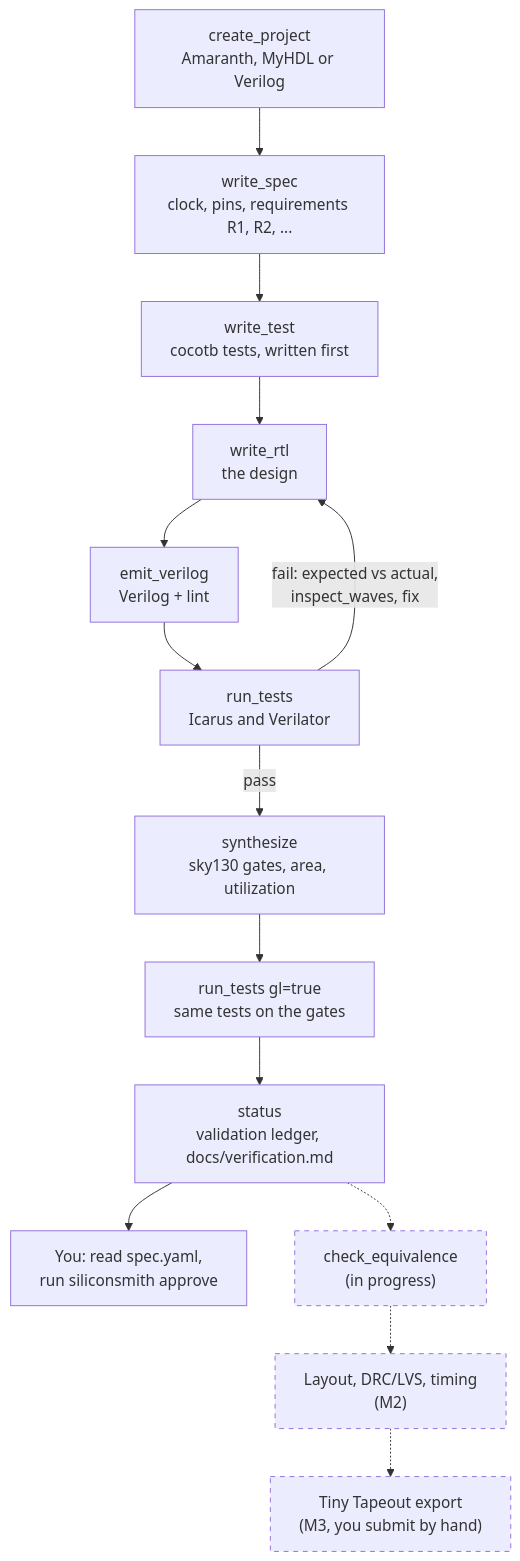
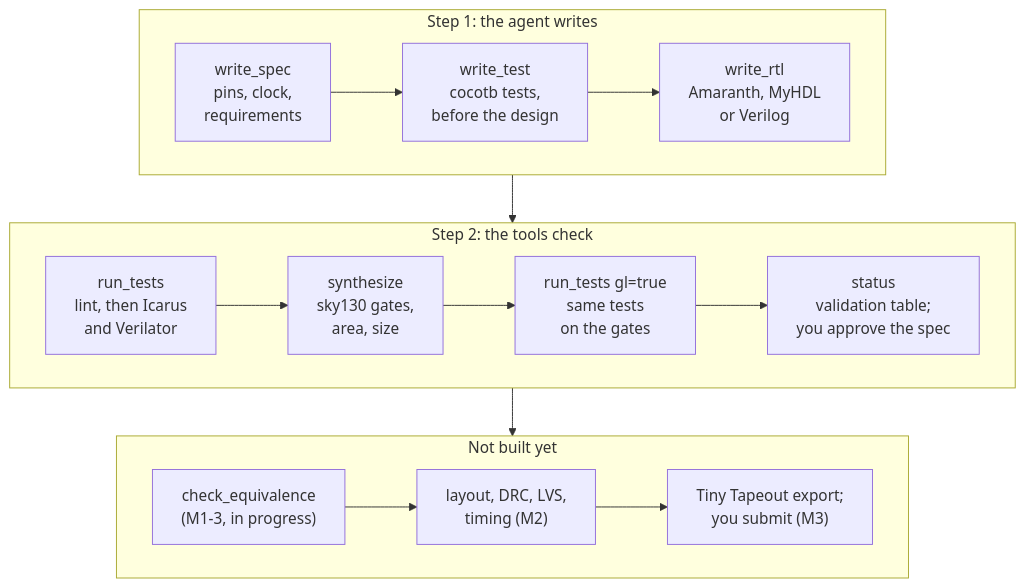
Before and after one commit to RFingAdam/siliconsmith: the diagram in README.md, drawn with Mermaid. The commit also changed other lines of this file, not shown here.

Commit message:
Docs: draw the design loop as three short rows instead of one tall column

````diff
--- a/README.md
+++ b/README.md
@@ -97,25 +97,16 @@
 ```mermaid
-flowchart TD
-    create["create_project<br/>Amaranth, MyHDL or Verilog"]
-    spec["write_spec<br/>clock, pins, requirements R1, R2, ..."]
-    tests["write_test<br/>cocotb tests, written first"]
-    rtl["write_rtl<br/>the design"]
-    lint["emit_verilog<br/>Verilog + lint"]
-    sim["run_tests<br/>Icarus and Verilator"]
-    synth["synthesize<br/>sky130 gates, area, utilization"]
-    gl["run_tests gl=true<br/>same tests on the gates"]
-    status["status<br/>validation ledger, docs/verification.md"]
-    owner["You: read spec.yaml,<br/>run siliconsmith approve"]
-    equiv["check_equivalence<br/>(in progress)"]
-    layout["Layout, DRC/LVS, timing<br/>(M2)"]
-    tt["Tiny Tapeout export<br/>(M3, you submit by hand)"]
-
-    create --> spec --> tests --> rtl --> lint --> sim
-    sim -- "fail: expected vs actual,<br/>inspect_waves, fix" --> rtl
-    sim -- pass --> synth --> gl --> status
-    status --> owner
-    status -.-> equiv -.-> layout -.-> tt
-
-    classDef later stroke-dasharray: 5 5
-    class equiv,layout,tt later
+flowchart TB
+    subgraph write ["Step 1: the agent writes"]
+        direction LR
+        spec["write_spec<br/>pins, clock,<br/>requirements"] --> tests["write_test<br/>cocotb tests,<br/>before the design"] --> rtl["write_rtl<br/>Amaranth, MyHDL<br/>or Verilog"]
+    end
+    subgraph check ["Step 2: the tools check"]
+        direction LR
+        sim["run_tests<br/>lint, then Icarus<br/>and Verilator"] --> synth["synthesize<br/>sky130 gates,<br/>area, size"] --> gl["run_tests gl=true<br/>same tests<br/>on the gates"] --> status["status<br/>validation table;<br/>you approve the spec"]
+    end
+    subgraph later ["Not built yet"]
+        direction LR
+        equiv["check_equivalence<br/>(M1-3, in progress)"] --> layout["layout, DRC, LVS,<br/>timing (M2)"] --> tt["Tiny Tapeout export;<br/>you submit (M3)"]
+    end
+    write --> check --> later
 ```
````
